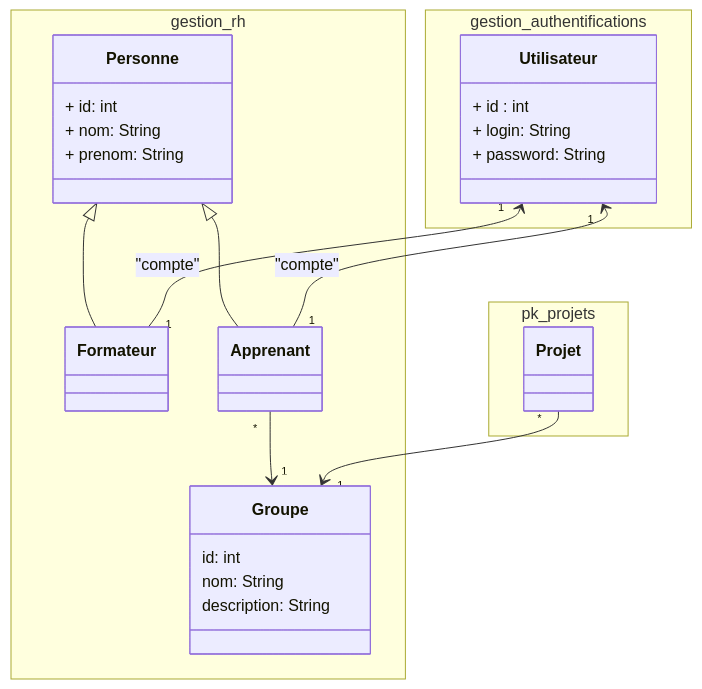
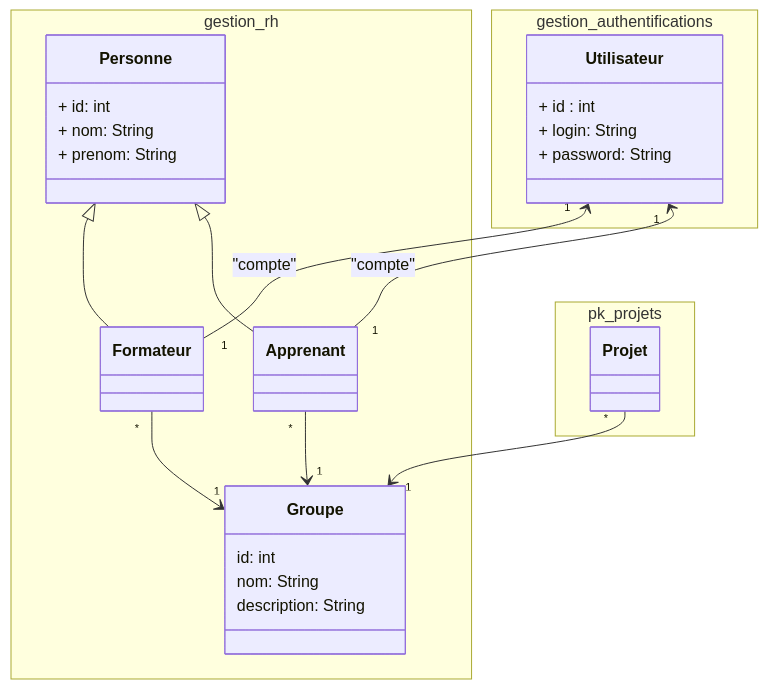
Before and after one commit to zaani12/prototype: the diagram in modélisation/pkg_rh/classes_pkg_rh.mmd, drawn with Mermaid. The commit also changed 34 other files, not shown here.

```diff
--- a/modélisation/pkg_rh/classes_pkg_rh.mmd
+++ b/modélisation/pkg_rh/classes_pkg_rh.mmd
@@ -1,45 +1,46 @@
 classDiagram
 
 namespace gestion_rh{
 
 class Personne {
     + id: int 
     + nom: String 
     + prenom: String 
 }
 class Formateur 
 class Apprenant
 
 class  Groupe {
     id: int
     nom: String
     description: String
 }
 
 
 }
 
 namespace pk_projets {
   class Projet
 
 }
 
 
 
 namespace gestion_authentifications {
 
 class Utilisateur {
     + id : int
     + login: String 
     + password: String 
 }
 }
 
 Personne <|-- Formateur
 Personne <|-- Apprenant 
 Utilisateur "1" <-- "1" Formateur : "compte"
 Utilisateur "1" <-- "1" Apprenant : "compte"
 
 Apprenant  "*" --> "1"  Groupe 
 
 Projet "*" --> "1" Groupe
+Formateur "*" --> "1" Groupe
```
